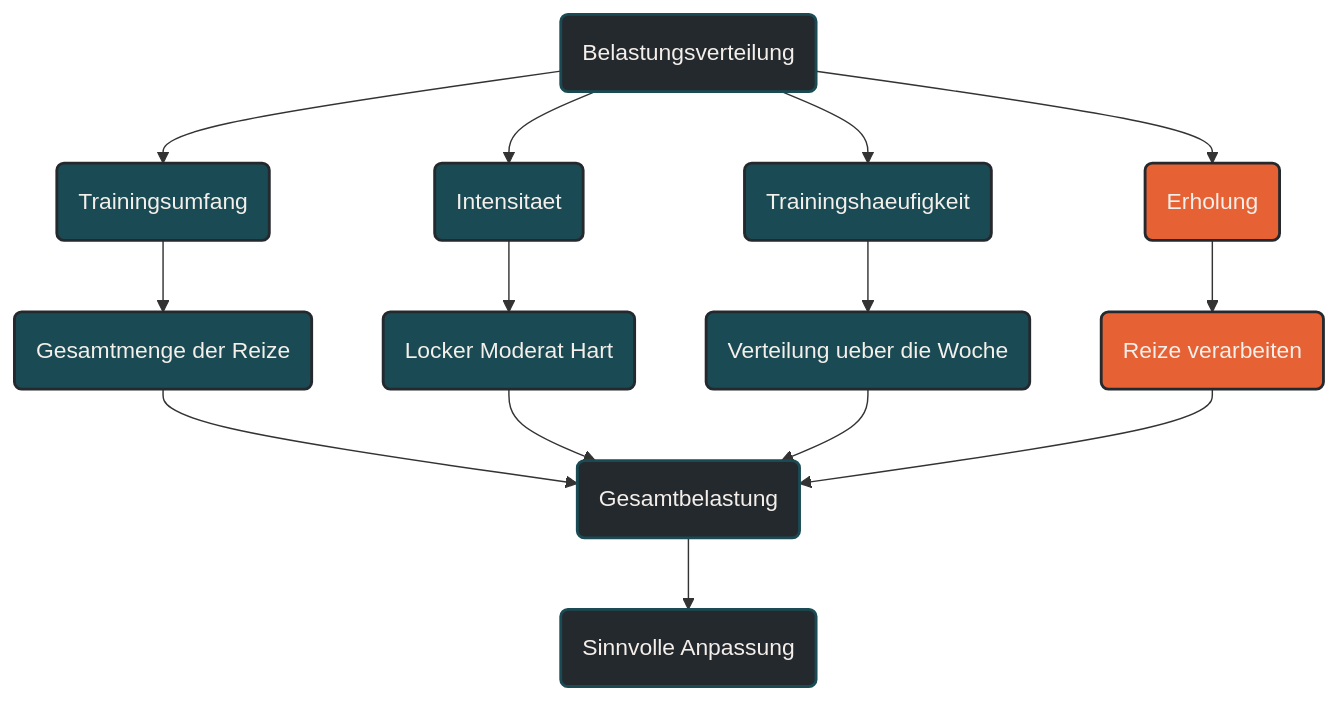
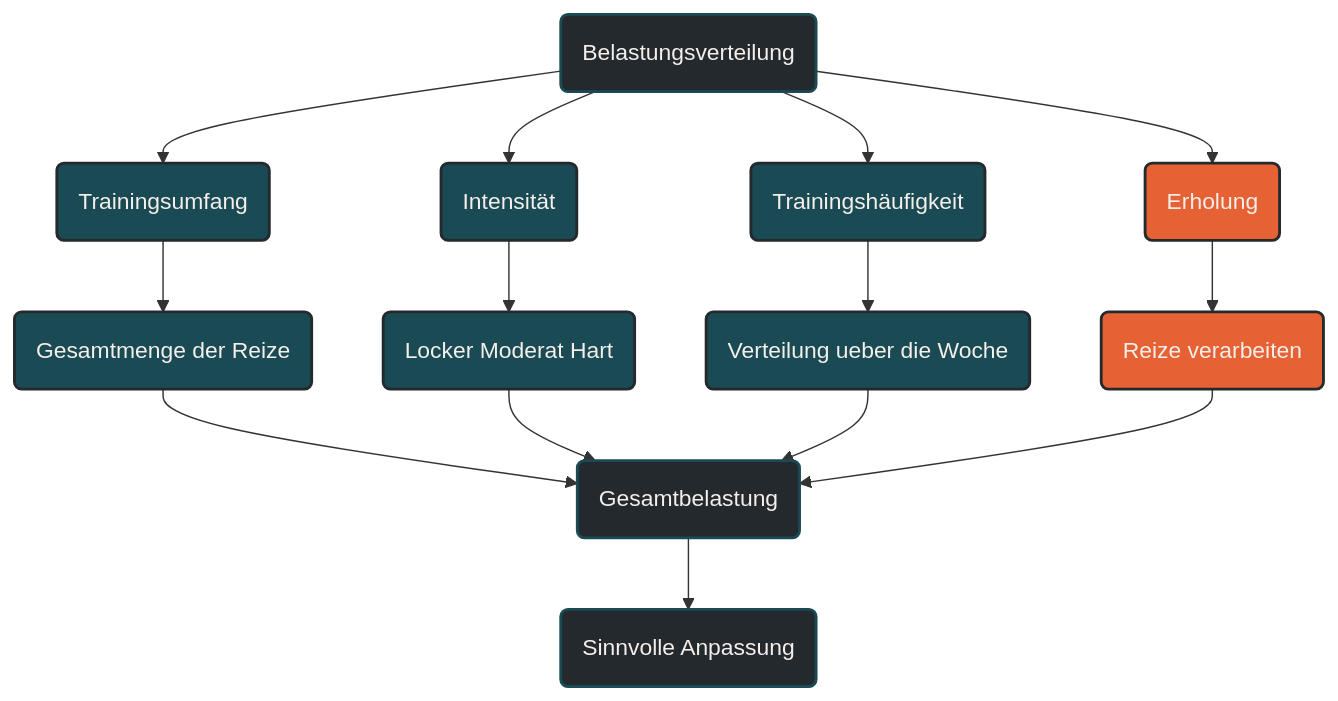
The diagram in content/00-ausdauersport/00-trainingswissenschaft/03-trainingsplanung/05-belastungsverteilung.md (Quixos40K/ausdauersport-typemill), drawn with Mermaid before and after one commit. The commit also changed other lines of this file, not shown here.

````diff
--- a/content/00-ausdauersport/00-trainingswissenschaft/03-trainingsplanung/05-belastungsverteilung.md
+++ b/content/00-ausdauersport/00-trainingswissenschaft/03-trainingsplanung/05-belastungsverteilung.md
@@ -89,36 +89,36 @@
 ```mermaid
 graph TD
     A(Belastungsverteilung) --> B(Trainingsumfang)
-    A --> C(Intensitaet)
-    A --> D(Trainingshaeufigkeit)
+    A --> C(Intensität)
+    A --> D(Trainingshäufigkeit)
     A --> E(Erholung)
 
     B --> F(Gesamtmenge der Reize)
     C --> G(Locker Moderat Hart)
     D --> H(Verteilung ueber die Woche)
     E --> I(Reize verarbeiten)
 
     F --> J(Gesamtbelastung)
     G --> J
     H --> J
     I --> J
 
     J --> K(Sinnvolle Anpassung)
 
     classDef default fill:#F4EFEA,stroke:#1A4B54,stroke-width:2px,color:#24292E;
     classDef primary fill:#1A4B54,stroke:#24292E,stroke-width:2px,color:#F4EFEA;
     classDef highlight fill:#E66133,stroke:#24292E,stroke-width:2px,color:#F4EFEA;
     classDef dark fill:#24292E,stroke:#1A4B54,stroke-width:2px,color:#F4EFEA;
 
     class A dark;
     class B primary;
     class C primary;
     class D primary;
     class E highlight;
     class F primary;
     class G primary;
     class H primary;
     class I highlight;
     class J dark;
     class K dark;
 ```
````
